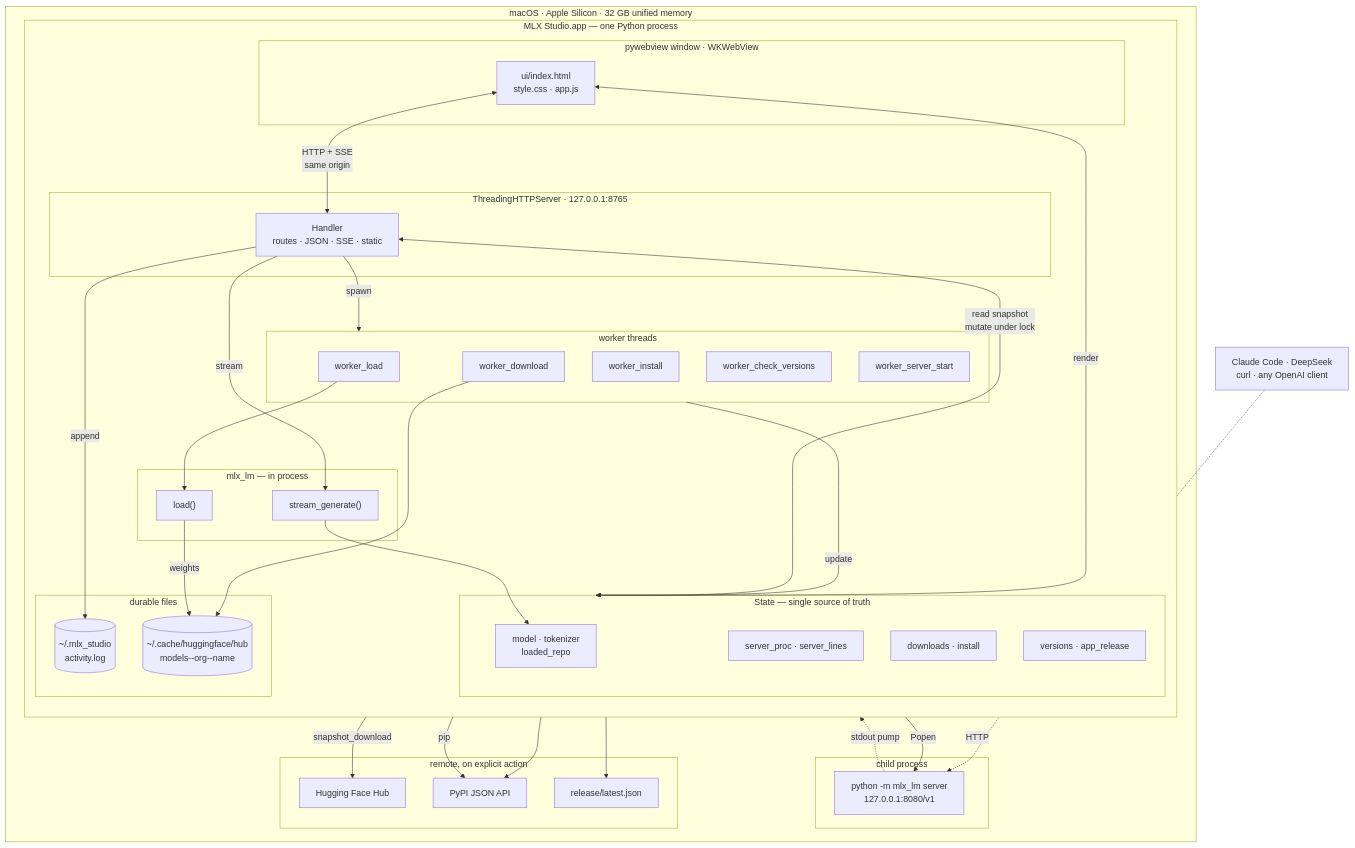
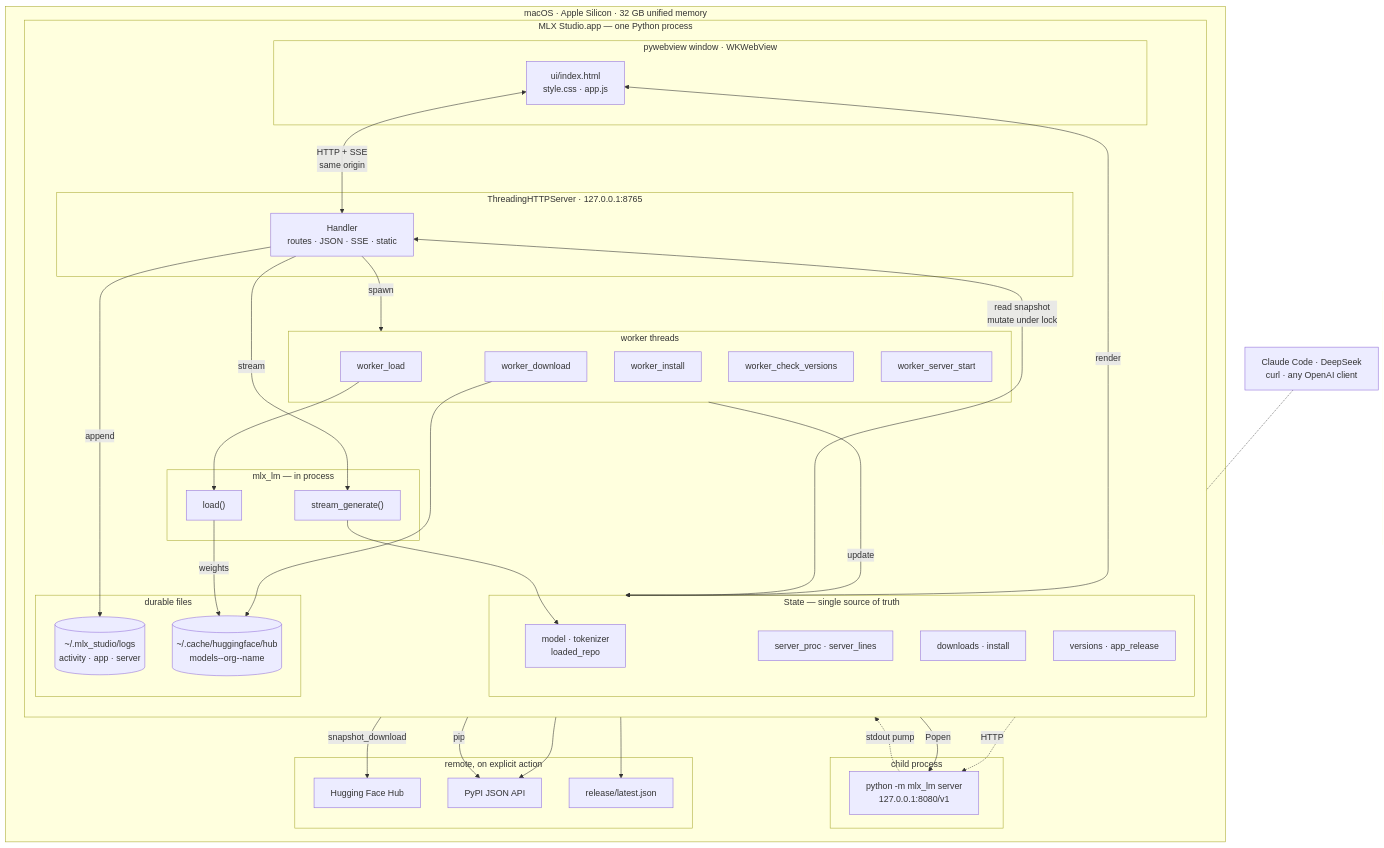
One commit to DipeshPansuriya/MLX_Model_App changed the diagram in docs/diagrams/runtime.md. Above: the diagram before and after it, drawn with Mermaid. The commit also changed other lines of this file and 16 other files, not shown here.

````diff
--- a/docs/diagrams/runtime.md
+++ b/docs/diagrams/runtime.md
@@ -15,72 +15,72 @@
 ```mermaid
 flowchart TB
     subgraph MAC["macOS · Apple Silicon · 32 GB unified memory"]
         subgraph APP["MLX Studio.app — one Python process"]
             direction TB
 
             subgraph UI["pywebview window · WKWebView"]
                 PAGE["ui/index.html<br/>style.css · app.js"]
             end
 
             subgraph HTTP["ThreadingHTTPServer · 127.0.0.1:8765"]
                 ROUTER["Handler<br/>routes · JSON · SSE · static"]
             end
 
             subgraph STATE["State — single source of truth"]
                 SLOT["model · tokenizer<br/>loaded_repo"]
                 SESS["server_proc · server_lines"]
                 PROG["downloads · install"]
                 VERS["versions · app_release"]
             end
 
             subgraph WORK["worker threads"]
                 WLOAD["worker_load"]
                 WDL["worker_download"]
                 WINST["worker_install"]
                 WVER["worker_check_versions"]
                 WSRV["worker_server_start"]
             end
 
             subgraph MLX["mlx_lm — in process"]
                 LOAD["load()"]
                 GEN["stream_generate()"]
             end
 
             subgraph FILES["durable files"]
-                LOG[("~/.mlx_studio<br/>activity.log")]
+                LOG[("~/.mlx_studio/logs<br/>activity · app · server")]
                 CACHE[("~/.cache/huggingface/hub<br/>models--org--name")]
             end
         end
 
         subgraph CHILD["child process"]
             SRV["python -m mlx_lm server<br/>127.0.0.1:8080/v1"]
         end
 
         subgraph EXT["remote, on explicit action"]
             HF["Hugging Face Hub"]
             PYPI["PyPI JSON API"]
             GH["release/latest.json"]
         end
     end
 
     PAGE <-->|"HTTP + SSE<br/>same origin"| ROUTER
     ROUTER <-->|"read snapshot<br/>mutate under lock"| STATE
     ROUTER -->|"spawn"| WORK
     WORK -->|"update"| STATE
     WLOAD --> LOAD
     LOAD -->|"weights"| CACHE
     ROUTER -->|"stream"| GEN
     GEN --> SLOT
     WDL -->|"snapshot_download"| HF
     WDL --> CACHE
     WVER --> PYPI
     WVER --> GH
     WINST -->|"pip"| PYPI
     WSRV -->|"Popen"| SRV
     SRV -.->|"stdout pump"| SESS
     ROUTER -->|"append"| LOG
     STATE -->|"render"| PAGE
 
     CLIENT["Claude Code · DeepSeek<br/>curl · any OpenAI client"]
     CLIENT -.->|"HTTP"| SRV
 ```
````
